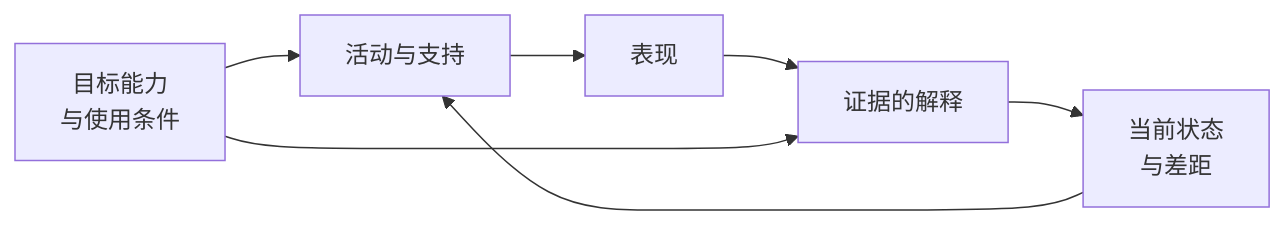
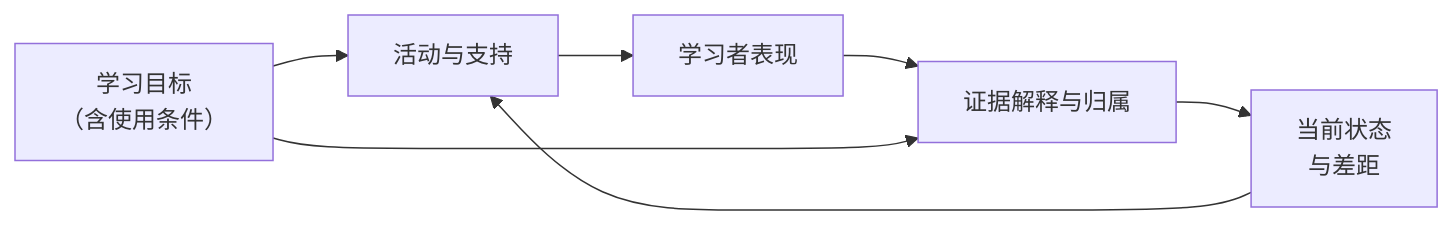
One commit to Aice-Chen/cairn-system changed the diagram in docs/design/learning-model.md. Above: the diagram before and after it, drawn with Mermaid. The commit also changed other lines of this file and 11 other files, not shown here.

````diff
--- a/docs/design/learning-model.md
+++ b/docs/design/learning-model.md
@@ -20,9 +21,9 @@
 ```mermaid
 flowchart LR
-    G["目标能力<br/>与使用条件"] --> A["活动与支持"]
+    G["学习目标<br/>（含使用条件）"] --> A["活动与支持"]
     S["当前状态<br/>与差距"] --> A
-    A --> P["表现"]
-    P --> E["证据的解释"]
+    A --> P["学习者表现"]
+    P --> E["证据解释与归属"]
     G --> E
     E --> S
 ```
````
